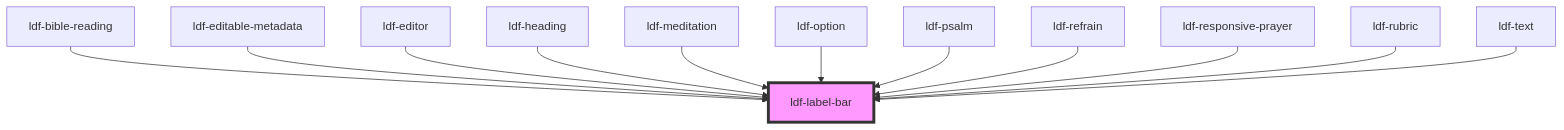
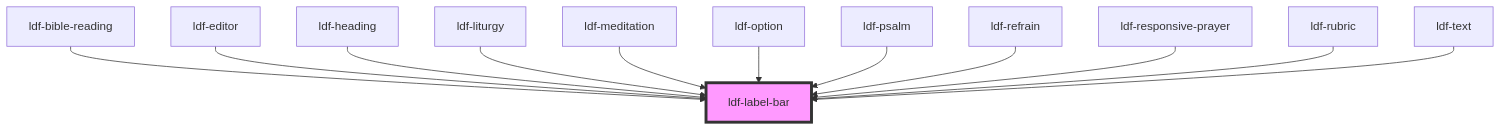
The diagram in components/src/components/label-bar/readme.md (gbj/venite), drawn with Mermaid before and after one commit. The commit also changed other lines of this file and 11 other files, not shown here.

````diff
--- a/components/src/components/label-bar/readme.md
+++ b/components/src/components/label-bar/readme.md
@@ -25,15 +25,15 @@
 ```mermaid
 graph TD;
   ldf-bible-reading --> ldf-label-bar
-  ldf-editable-metadata --> ldf-label-bar
   ldf-editor --> ldf-label-bar
   ldf-heading --> ldf-label-bar
+  ldf-liturgy --> ldf-label-bar
   ldf-meditation --> ldf-label-bar
   ldf-option --> ldf-label-bar
   ldf-psalm --> ldf-label-bar
   ldf-refrain --> ldf-label-bar
   ldf-responsive-prayer --> ldf-label-bar
   ldf-rubric --> ldf-label-bar
   ldf-text --> ldf-label-bar
   style ldf-label-bar fill:#f9f,stroke:#333,stroke-width:4px
 ```
````
